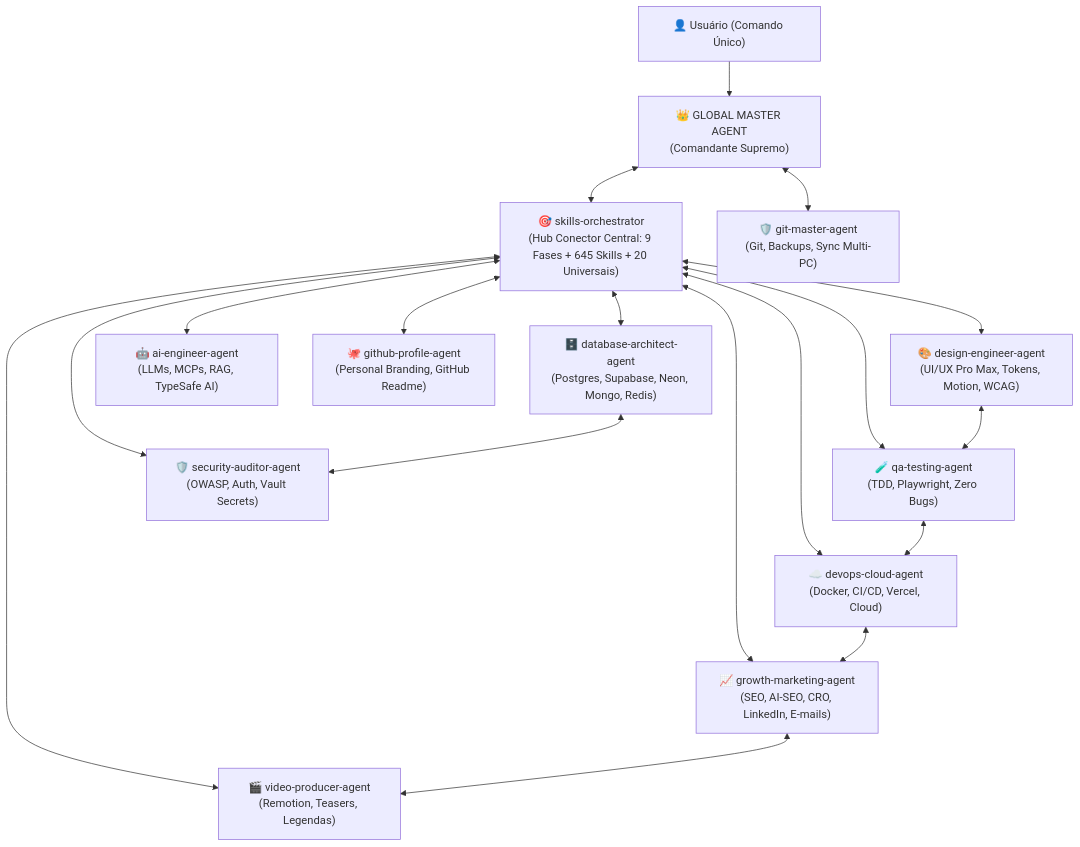
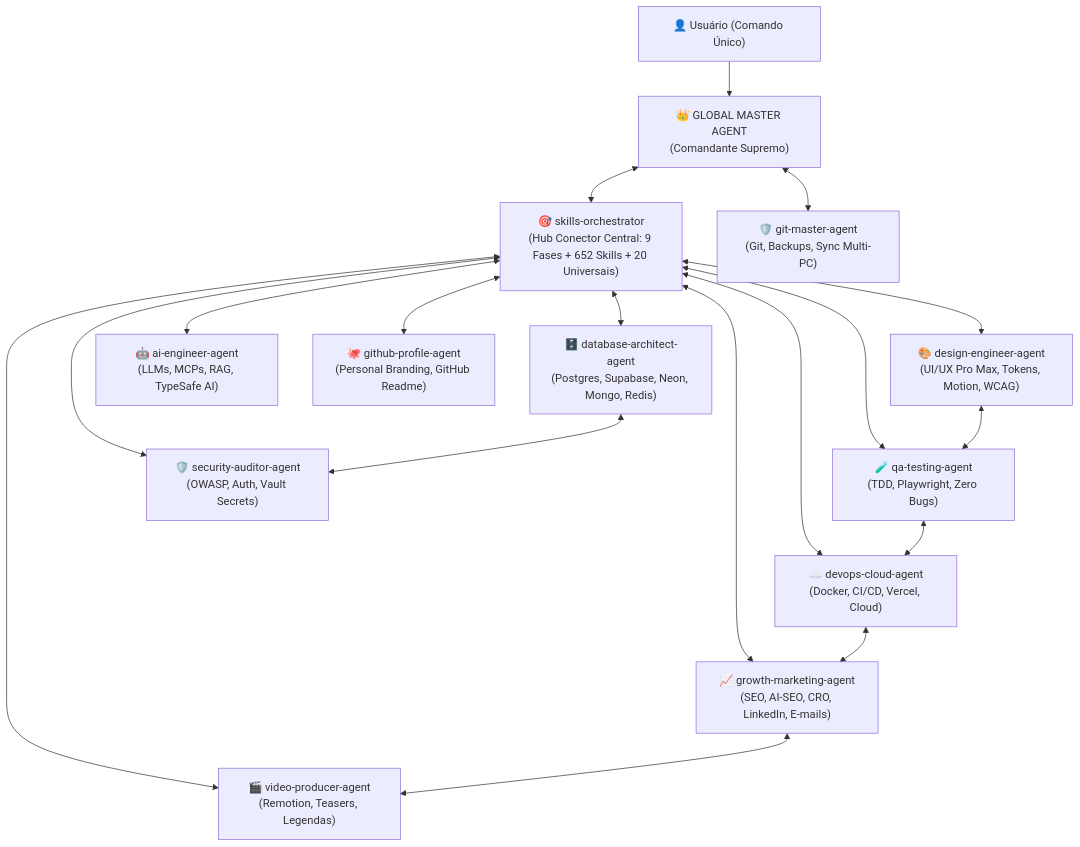
One commit to Henrique1601/SkiilsToIAs changed the diagram in custom-agents/global-master-agent/SKILL.md. Above: the diagram before and after it, drawn with Mermaid. The commit also changed other lines of this file and 35 other files, not shown here.

````diff
--- a/custom-agents/global-master-agent/SKILL.md
+++ b/custom-agents/global-master-agent/SKILL.md
@@ -66,23 +66,23 @@
 ```mermaid
 flowchart TD
     User["👤 Usuário (Comando Único)"] --> GMA["👑 GLOBAL MASTER AGENT<br/>(Comandante Supremo)"]
     
-    GMA <--> ORCH["🎯 skills-orchestrator<br/>(Hub Conector Central: 9 Fases + 645 Skills + 20 Universais)"]
+    GMA <--> ORCH["🎯 skills-orchestrator<br/>(Hub Conector Central: 9 Fases + 652 Skills + 20 Universais)"]
     GMA <--> GIT["🛡️ git-master-agent<br/>(Git, Backups, Sync Multi-PC)"]
 
     ORCH <--> UI["🎨 design-engineer-agent<br/>(UI/UX Pro Max, Tokens, Motion, WCAG)"]
     ORCH <--> DB["🗄️ database-architect-agent<br/>(Postgres, Supabase, Neon, Mongo, Redis)"]
     ORCH <--> AI["🤖 ai-engineer-agent<br/>(LLMs, MCPs, RAG, TypeSafe AI)"]
     ORCH <--> QA["🧪 qa-testing-agent<br/>(TDD, Playwright, Zero Bugs)"]
     ORCH <--> SEC["🛡️ security-auditor-agent<br/>(OWASP, Auth, Vault Secrets)"]
     ORCH <--> CLOUD["☁️ devops-cloud-agent<br/>(Docker, CI/CD, Vercel, Cloud)"]
     ORCH <--> GROWTH["📈 growth-marketing-agent<br/>(SEO, AI-SEO, CRO, LinkedIn, E-mails)"]
     ORCH <--> VIDEO["🎬 video-producer-agent<br/>(Remotion, Teasers, Legendas)"]
     ORCH <--> PROFILE["🐙 github-profile-agent<br/>(Personal Branding, GitHub Readme)"]
 
     DB <--> SEC
     UI <--> QA
     QA <--> CLOUD
     CLOUD <--> GROWTH
     GROWTH <--> VIDEO
 ```
````
